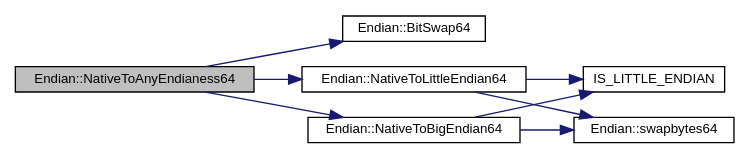
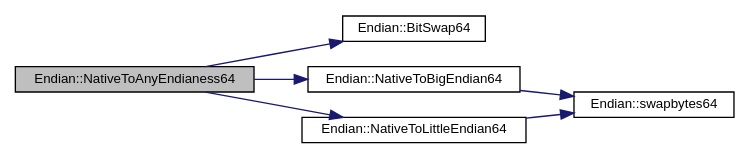
Before and after one commit to FPGA-Research-Manchester/byteman: the diagram in namespaceEndian_a22d51fb21911a8aaf6f630630ecddb7d_cgraph.dot, drawn with Graphviz. The commit also changed 543 other files, not shown here.

```diff
--- a/namespaceEndian_a22d51fb21911a8aaf6f630630ecddb7d_cgraph.dot
+++ b/namespaceEndian_a22d51fb21911a8aaf6f630630ecddb7d_cgraph.dot
@@ -1,21 +1,18 @@
 digraph "Endian::NativeToAnyEndianess64"
 {
  // INTERACTIVE_SVG=YES
  // LATEX_PDF_SIZE
   edge [fontname="Helvetica",fontsize="10",labelfontname="Helvetica",labelfontsize="10"];
   node [fontname="Helvetica",fontsize="10",shape=record];
   rankdir="LR";
   Node1 [label="Endian::NativeToAnyEndianess64",height=0.2,width=0.4,color="black", fillcolor="grey75", style="filled", fontcolor="black",tooltip=" "];
   Node1 -> Node2 [color="midnightblue",fontsize="10",style="solid",fontname="Helvetica"];
   Node2 [label="Endian::BitSwap64",height=0.2,width=0.4,color="black", fillcolor="white", style="filled",URL="$namespaceEndian.html#a57e481bbc161c01a68eadc25ae9e24c9",tooltip=" "];
   Node1 -> Node3 [color="midnightblue",fontsize="10",style="solid",fontname="Helvetica"];
   Node3 [label="Endian::NativeToBigEndian64",height=0.2,width=0.4,color="black", fillcolor="white", style="filled",URL="$namespaceEndian.html#a11c0d291e85247cd4ce004ca26bf3728",tooltip=" "];
   Node3 -> Node4 [color="midnightblue",fontsize="10",style="solid",fontname="Helvetica"];
-  Node4 [label="IS_LITTLE_ENDIAN",height=0.2,width=0.4,color="black", fillcolor="white", style="filled",URL="$Endianess_8h.html#a09334e77fb4b0057f3d9ef99a5ae987c",tooltip=" "];
-  Node3 -> Node5 [color="midnightblue",fontsize="10",style="solid",fontname="Helvetica"];
-  Node5 [label="Endian::swapbytes64",height=0.2,width=0.4,color="black", fillcolor="white", style="filled",URL="$namespaceEndian.html#ac57bf63196271e3e09c5029a4ea972e3",tooltip=" "];
-  Node1 -> Node6 [color="midnightblue",fontsize="10",style="solid",fontname="Helvetica"];
-  Node6 [label="Endian::NativeToLittleEndian64",height=0.2,width=0.4,color="black", fillcolor="white", style="filled",URL="$namespaceEndian.html#a70ebba7cd4f75a6825704e1b55c1db59",tooltip=" "];
-  Node6 -> Node4 [color="midnightblue",fontsize="10",style="solid",fontname="Helvetica"];
-  Node6 -> Node5 [color="midnightblue",fontsize="10",style="solid",fontname="Helvetica"];
+  Node4 [label="Endian::swapbytes64",height=0.2,width=0.4,color="black", fillcolor="white", style="filled",URL="$namespaceEndian.html#ac57bf63196271e3e09c5029a4ea972e3",tooltip=" "];
+  Node1 -> Node5 [color="midnightblue",fontsize="10",style="solid",fontname="Helvetica"];
+  Node5 [label="Endian::NativeToLittleEndian64",height=0.2,width=0.4,color="black", fillcolor="white", style="filled",URL="$namespaceEndian.html#a70ebba7cd4f75a6825704e1b55c1db59",tooltip=" "];
+  Node5 -> Node4 [color="midnightblue",fontsize="10",style="solid",fontname="Helvetica"];
 }
```
